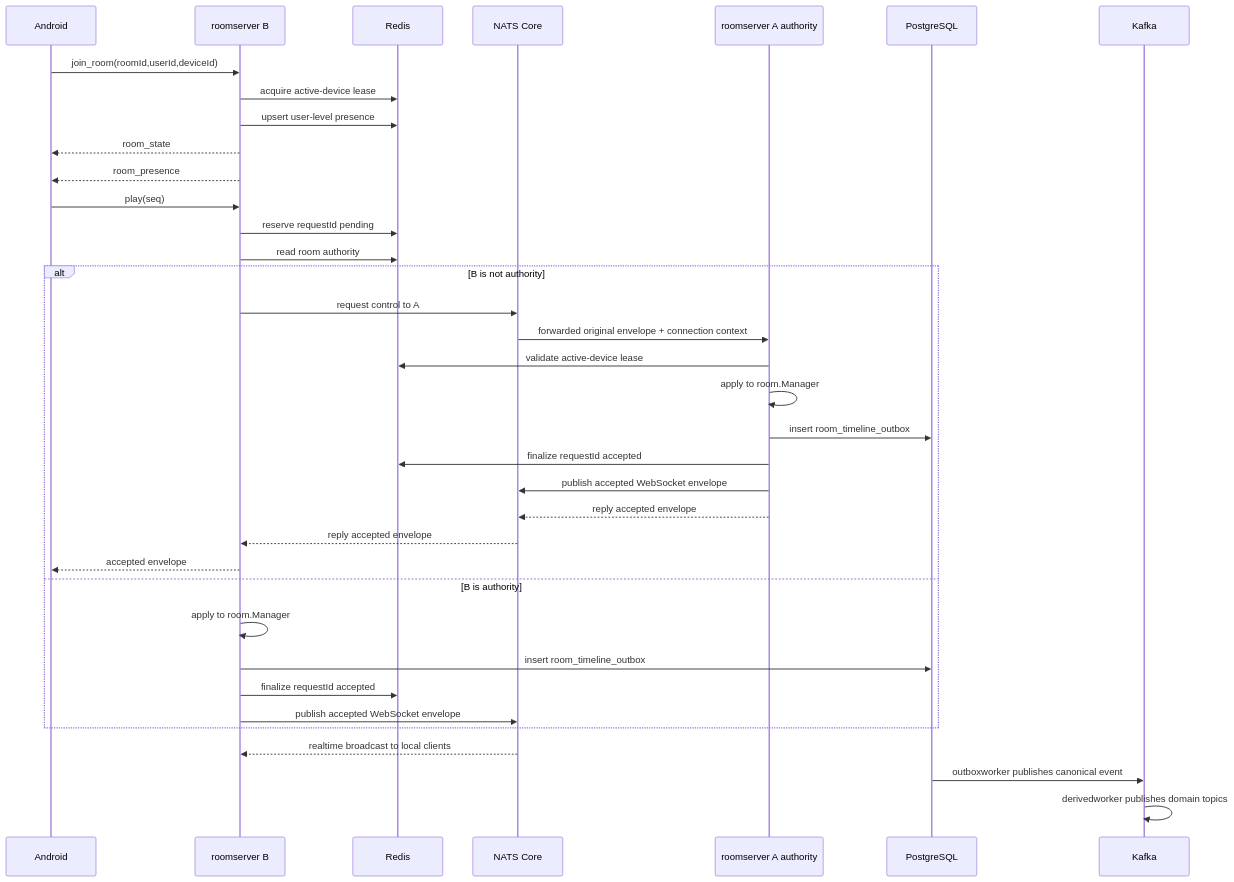
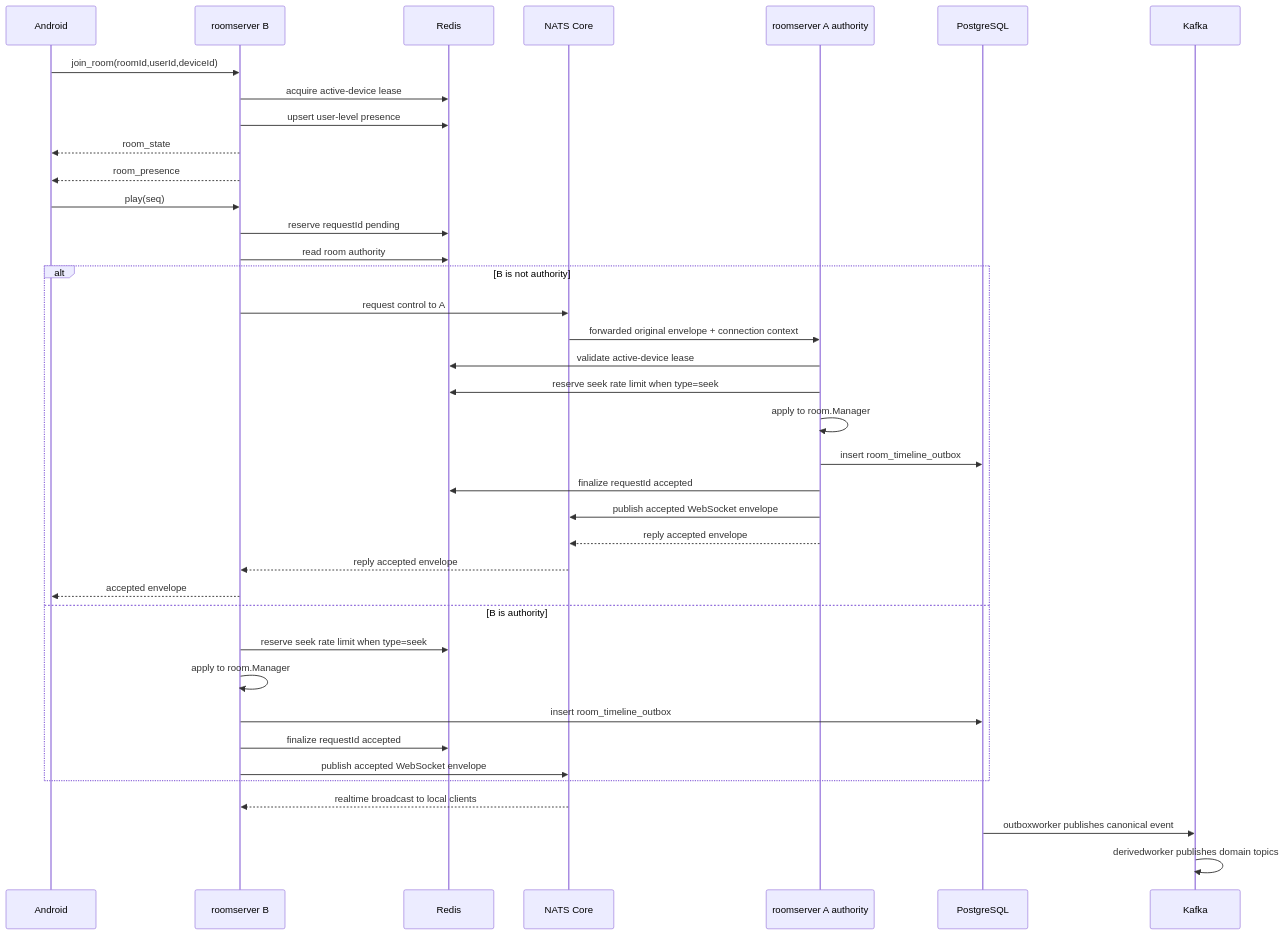
Before and after one commit to sunboyZgz/watch_together: the third of 5 diagrams in docs/distributed-architecture.md, drawn with Mermaid. The commit also changed other lines of this file and 28 other files, not shown here.

````diff
--- a/docs/distributed-architecture.md
+++ b/docs/distributed-architecture.md
@@ -88,39 +134,41 @@
 ```mermaid
 sequenceDiagram
   participant C as Android
   participant B as roomserver B
   participant R as Redis
   participant N as NATS Core
   participant A as roomserver A authority
   participant P as PostgreSQL
   participant K as Kafka
 
   C->>B: join_room(roomId,userId,deviceId)
   B->>R: acquire active-device lease
   B->>R: upsert user-level presence
   B-->>C: room_state
   B-->>C: room_presence
   C->>B: play(seq)
   B->>R: reserve requestId pending
   B->>R: read room authority
   alt B is not authority
     B->>N: request control to A
     N->>A: forwarded original envelope + connection context
     A->>R: validate active-device lease
+    A->>R: reserve seek rate limit when type=seek
     A->>A: apply to room.Manager
     A->>P: insert room_timeline_outbox
     A->>R: finalize requestId accepted
     A->>N: publish accepted WebSocket envelope
     A-->>N: reply accepted envelope
     N-->>B: reply accepted envelope
     B-->>C: accepted envelope
   else B is authority
+    B->>R: reserve seek rate limit when type=seek
     B->>B: apply to room.Manager
     B->>P: insert room_timeline_outbox
     B->>R: finalize requestId accepted
     B->>N: publish accepted WebSocket envelope
   end
   N-->>B: realtime broadcast to local clients
   P->>K: outboxworker publishes canonical event
   K->>K: derivedworker publishes domain topics
 ```
````
